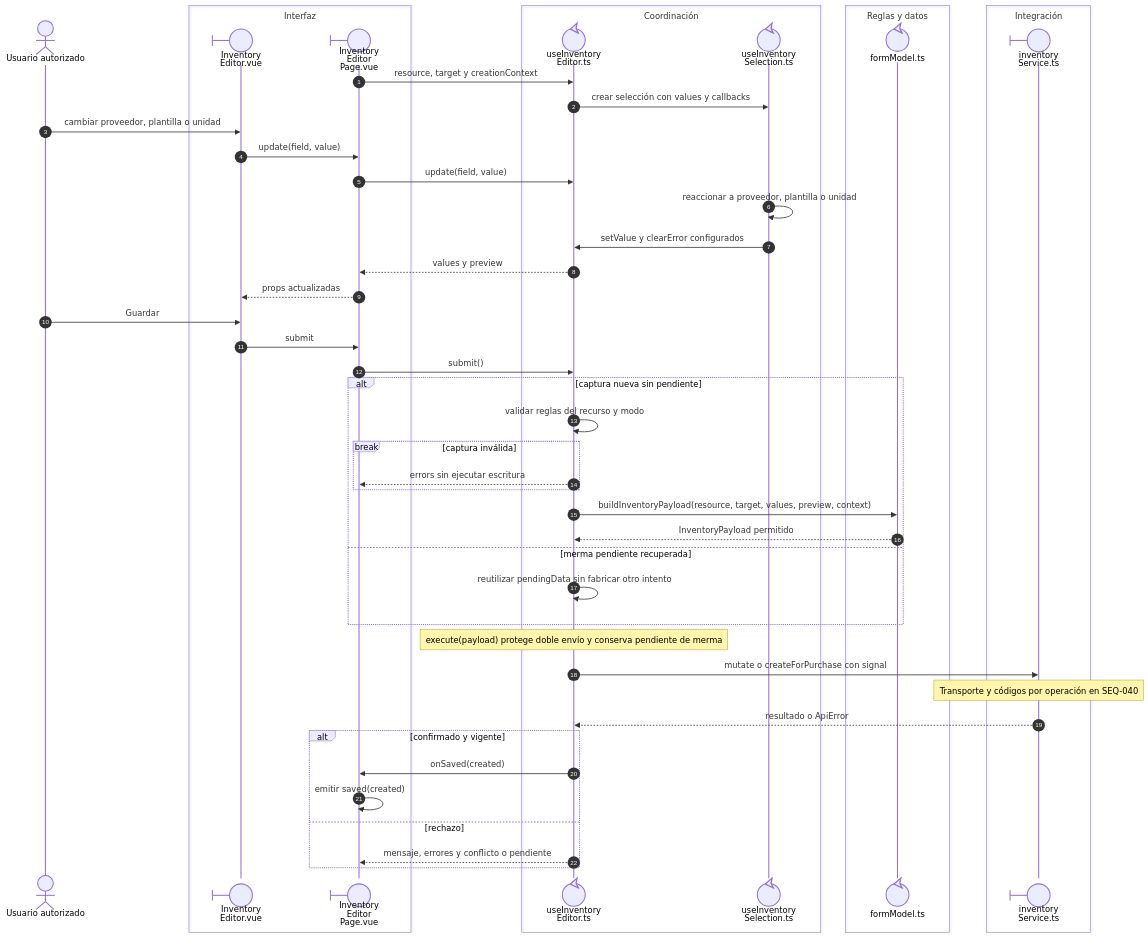
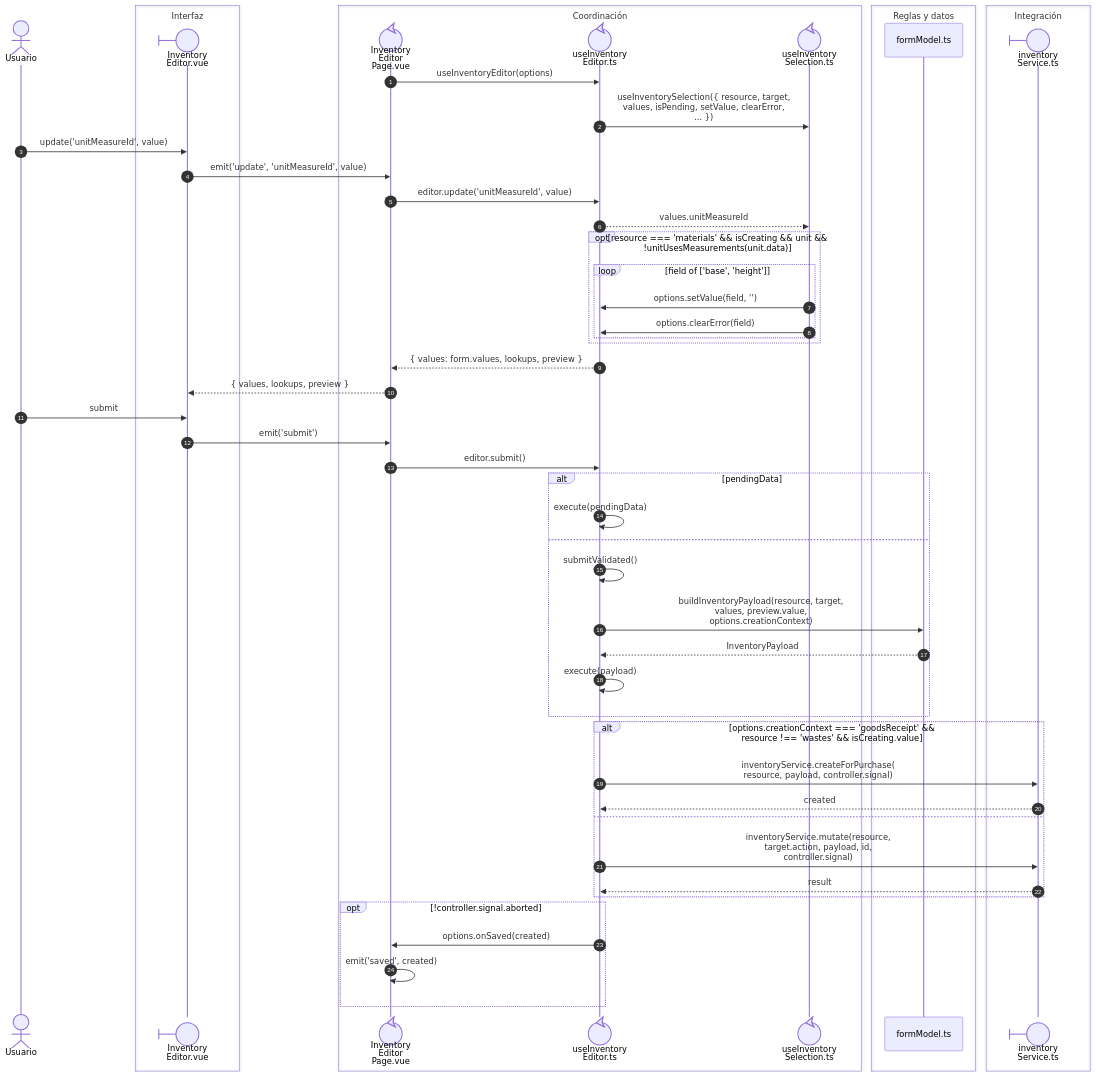
Before and after one commit to gpgsistemas01/nexus: the diagram in front/docs/architecture/views/processes/05-warehouse/01-inventory-selection-write.md, drawn with Mermaid. The commit also changed other lines of this file and 43 other files, not shown here.

````diff
--- a/front/docs/architecture/views/processes/05-warehouse/01-inventory-selection-write.md
+++ b/front/docs/architecture/views/processes/05-warehouse/01-inventory-selection-write.md
@@ -13,51 +9,55 @@
 ```mermaid
 sequenceDiagram
     autonumber
-    actor U as Usuario autorizado
+    actor U as Usuario
     box Interfaz
     participant Form@{ "type": "boundary" } as Inventory<br/>Editor.vue
-    participant Page@{ "type": "boundary" } as Inventory<br/>Editor<br/>Page.vue
     end
     box Coordinación
+    participant Page@{ "type": "control" } as Inventory<br/>Editor<br/>Page.vue
     participant Editor@{ "type": "control" } as useInventory<br/>Editor.ts
     participant Selection@{ "type": "control" } as useInventory<br/>Selection.ts
     end
     box Reglas y datos
-    participant Model@{ "type": "control" } as formModel.ts
+    participant Model as formModel.ts
     end
     box Integración
     participant Service@{ "type": "boundary" } as inventory<br/>Service.ts
     end
-    Page->>Editor: resource, target y creationContext
-    Editor->>Selection: crear selección con values y callbacks
-    U->>Form: cambiar proveedor, plantilla o unidad
-    Form->>Page: update(field, value)
-    Page->>Editor: update(field, value)
-    Selection->>Selection: reaccionar a proveedor, plantilla o unidad
-    Selection->>Editor: setValue y clearError configurados
-    Editor-->>Page: values y preview
-    Page-->>Form: props actualizadas
-    U->>Form: Guardar
-    Form->>Page: submit
-    Page->>Editor: submit()
-    alt captura nueva sin pendiente
-        Editor->>Editor: validar reglas del recurso y modo
-        break captura inválida
-            Editor-->>Page: errors sin ejecutar escritura
+    Page->>Editor: nowrap: useInventoryEditor(options)
+    Editor->>Selection: nowrap: useInventorySelection({ resource, target,<br/>values, isPending, setValue, clearError,<br/>... })
+    U->>Form: nowrap: update('unitMeasureId', value)
+    Form->>Page: nowrap: emit('update', 'unitMeasureId', value)
+    Page->>Editor: nowrap: editor.update('unitMeasureId', value)
+    Editor-->>Selection: nowrap: values.unitMeasureId
+    opt nowrap: resource === 'materials' && isCreating && unit &&<br/>!unitUsesMeasurements(unit.data)
+        loop nowrap: field of ['base', 'height']
+            Selection->>Editor: nowrap: options.setValue(field, '')
+            Selection->>Editor: nowrap: options.clearError(field)
         end
-        Editor->>Model: buildInventoryPayload(resource, target, values, preview, context)
-        Model-->>Editor: InventoryPayload permitido
-    else merma pendiente recuperada
-        Editor->>Editor: reutilizar pendingData sin fabricar otro intento
     end
-    Note over Editor: execute(payload) protege doble envío y conserva pendiente de merma
-    Editor->>Service: mutate o createForPurchase con signal
-    Note over Service: Transporte y códigos por operación en SEQ-040
-    Service-->>Editor: resultado o ApiError
-    alt confirmado y vigente
-        Editor->>Page: onSaved(created)
-        Page->>Page: emitir saved(created)
-    else rechazo
-        Editor-->>Page: mensaje, errores y conflicto o pendiente
+    Editor-->>Page: nowrap: { values: form.values, lookups, preview }
+    Page-->>Form: nowrap: { values, lookups, preview }
+    U->>Form: nowrap: submit
+    Form->>Page: nowrap: emit('submit')
+    Page->>Editor: nowrap: editor.submit()
+    alt nowrap: pendingData
+        Editor->>Editor: nowrap: execute(pendingData)
+    else
+        Editor->>Editor: nowrap: submitValidated()
+        Editor->>Model: nowrap: buildInventoryPayload(resource, target,<br/>values, preview.value,<br/>options.creationContext)
+        Model-->>Editor: nowrap: InventoryPayload
+        Editor->>Editor: nowrap: execute(payload)
+    end
+    alt nowrap: options.creationContext === 'goodsReceipt' &&<br/>resource !== 'wastes' && isCreating.value
+        Editor->>Service: nowrap: inventoryService.createForPurchase(<br/>resource, payload, controller.signal)
+        Service-->>Editor: nowrap: created
+    else
+        Editor->>Service: nowrap: inventoryService.mutate(resource,<br/>target.action, payload, id,<br/>controller.signal)
+        Service-->>Editor: nowrap: result
+    end
+    opt nowrap: !controller.signal.aborted
+        Editor->>Page: nowrap: options.onSaved(created)
+        Page->>Page: nowrap: emit('saved', created)
     end
 ```
````
